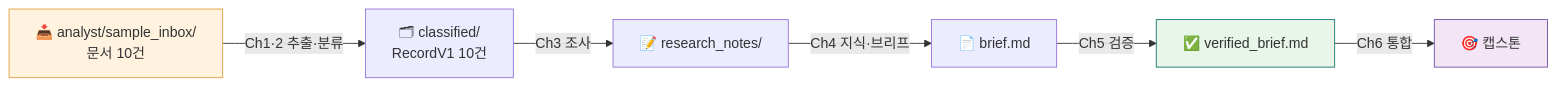
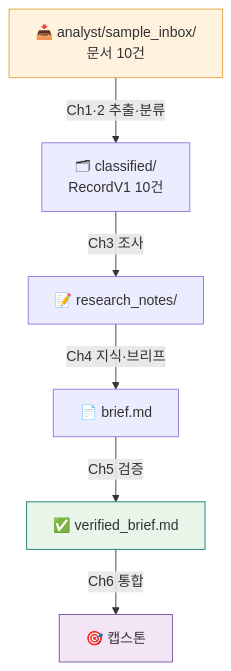
One commit to Yo-sure/deepagents-handson changed the second of 2 diagrams in books/md/Chapter 0. 환경 셋업.md. Above: the diagram before and after it, drawn with Mermaid. The commit also changed 1 other file, not shown here.

Commit message:
BLOCK 2건 수정: Ch1 success기준 키·Ch0 Step5 도표 붕괴
- Ch1 L677 성공기준이 재설계로 사라진 `금액` 키를 보라 지시하던 회귀 정정
  → 최상위 `총액`, 항목 안 `단가`. (JSON 예시·schema와 일치 복원)
- Ch0 Step5 파이프라인 flowchart를 LR→TB로 — 6노드+긴 엣지라벨이 좁은 폭에서
  종횡비 붕괴(height 20px)로 라벨 판독 불가하던 P-RENDER-LEGIBLE 위반 해소.

````diff
--- a/books/md/Chapter 0. 환경 셋업.md
+++ b/books/md/Chapter 0. 환경 셋업.md
@@ -324,11 +324,11 @@
 ```mermaid
-flowchart LR
+flowchart TB
     I["📥 analyst/sample_inbox/<br/>문서 10건"] -->|"Ch1·2 추출·분류"| C["🗂 classified/<br/>RecordV1 10건"]
     C -->|"Ch3 조사"| R["📝 research_notes/"]
     R -->|"Ch4 지식·브리프"| B["📄 brief.md"]
     B -->|"Ch5 검증"| V["✅ verified_brief.md"]
     V -->|"Ch6 통합"| D["🎯 캡스톤"]
     style I fill:#fff3e0,stroke:#e09f3e
     style V fill:#e8f5e9,stroke:#0f766e
     style D fill:#f3e5f5,stroke:#6b4fa3
 ```
````
